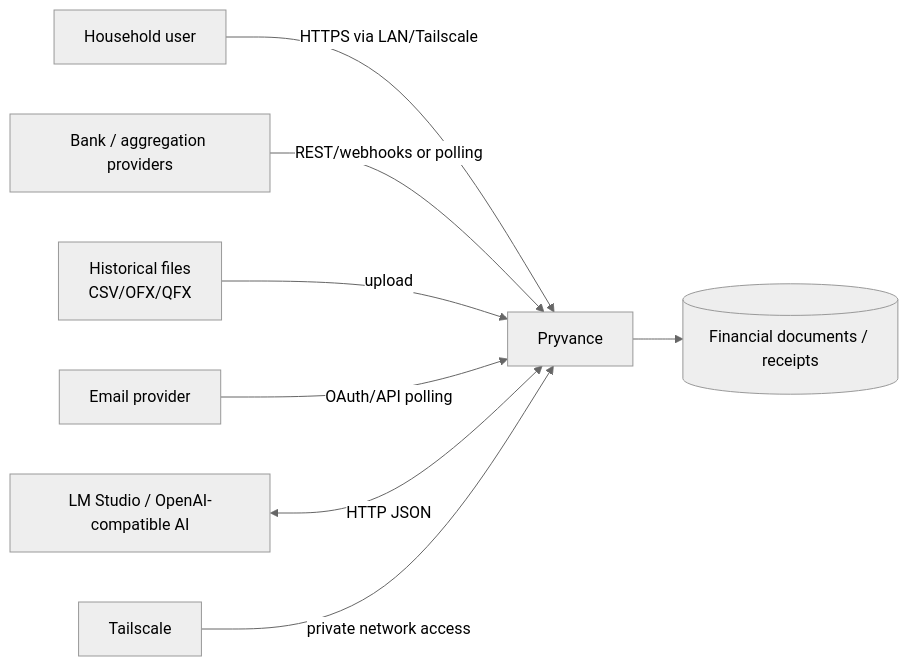
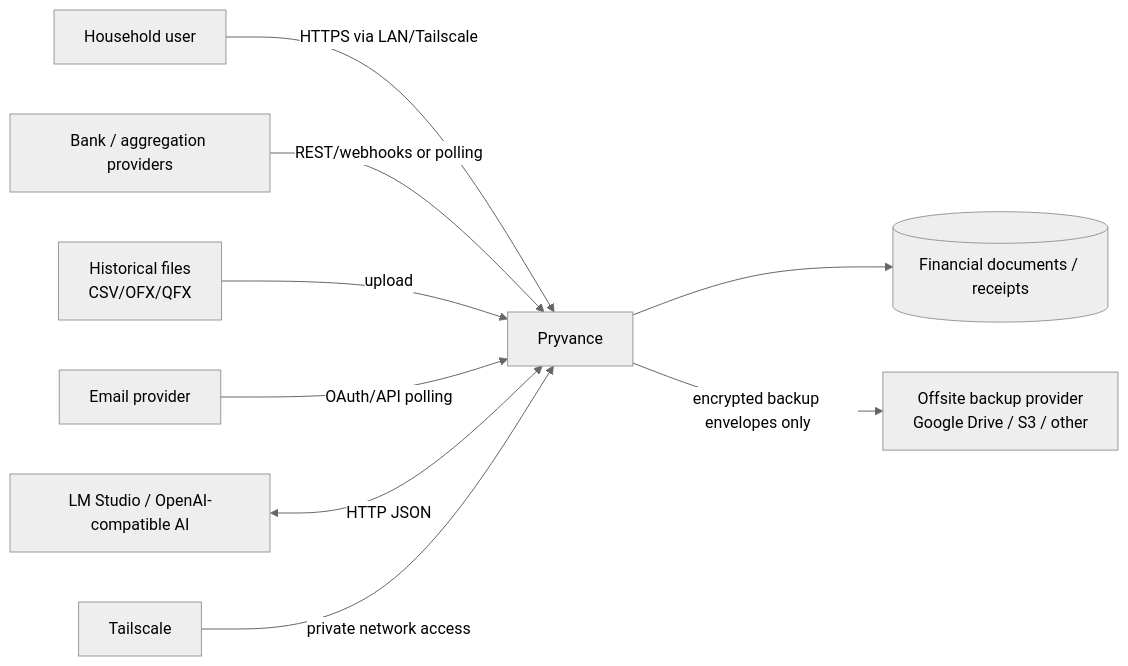
The first of 3 diagrams in docs/explanation/architecture.md (blac9216/Pryvance), drawn with Mermaid (neutral theme) before and after one commit. The commit also changed other lines of this file, not shown here.

Commit message:
docs: add encrypted offsite backup architecture

````diff
--- a/docs/explanation/architecture.md
+++ b/docs/explanation/architecture.md
@@ -9,10 +9,11 @@
 ```mermaid
 flowchart LR
     U[Household user] -->|HTTPS via LAN/Tailscale| P[Pryvance]
     B[Bank / aggregation providers] -->|REST/webhooks or polling| P
     F[Historical files\nCSV/OFX/QFX] -->|upload| P
     E[Email provider] -->|OAuth/API polling| P
     L[LM Studio / OpenAI-compatible AI] <-->|HTTP JSON| P
     T[Tailscale] -->|private network access| P
     P --> D[(Financial documents / receipts)]
+    P -->|encrypted backup envelopes only| O[Offsite backup provider\nGoogle Drive / S3 / other]
 ```
````
